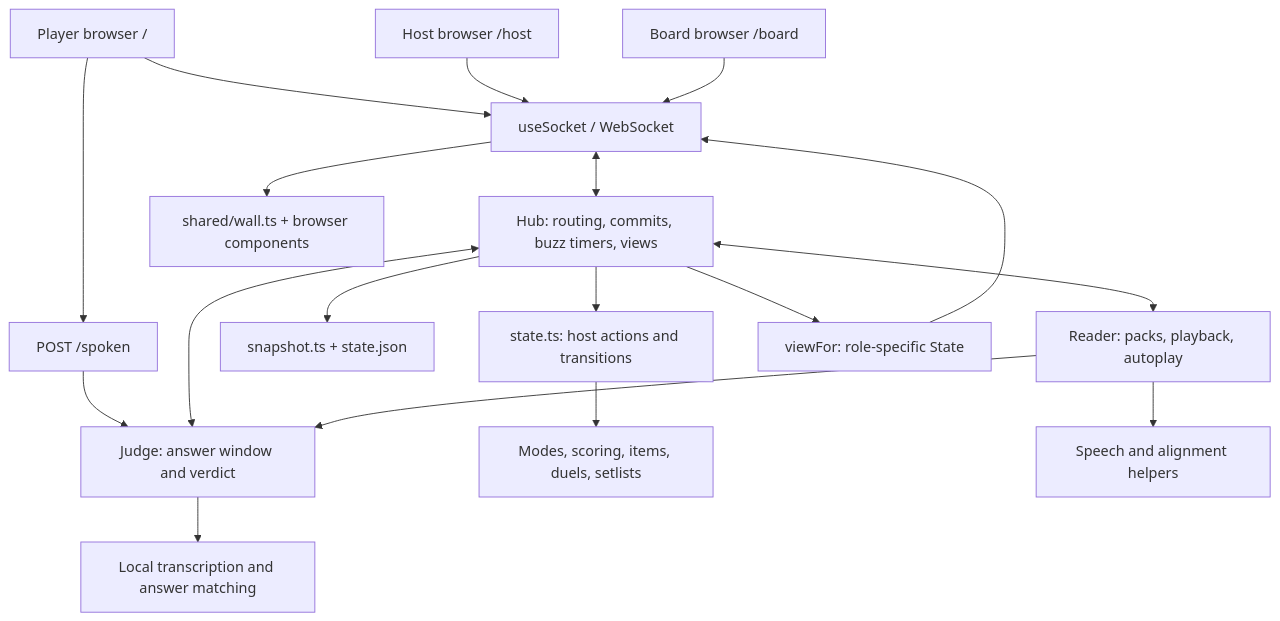
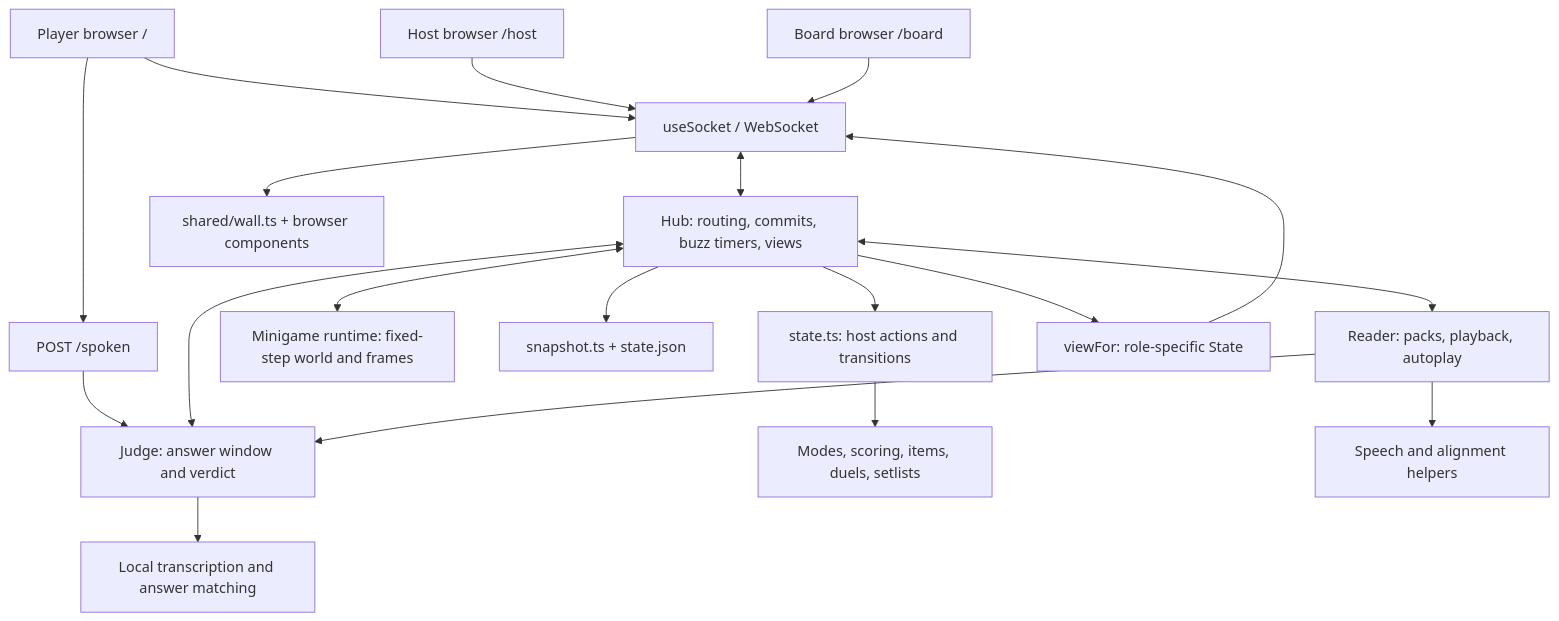
Before and after one commit to rickdiculousli/party-buzzer: the first of 3 diagrams in ARCHTECTURE.md, drawn with Mermaid. The commit also changed other lines of this file and 24 other files, not shown here.

````diff
--- a/ARCHTECTURE.md
+++ b/ARCHTECTURE.md
@@ -15,20 +15,21 @@
 ```mermaid
 flowchart TD
     Player["Player browser /"] --> Socket["useSocket / WebSocket"]
     Host["Host browser /host"] --> Socket
     Board["Board browser /board"] --> Socket
     Socket <--> Hub["Hub: routing, commits, buzz timers, views"]
     Player --> Upload["POST /spoken"]
     Upload --> Judge["Judge: answer window and verdict"]
     Hub --> State["state.ts: host actions and transitions"]
+    Hub <--> Mini["Minigame runtime: fixed-step world and frames"]
     State --> Rules["Modes, scoring, items, duels, setlists"]
     Hub --> Snapshot["snapshot.ts + state.json"]
     Hub <--> Reader["Reader: packs, playback, autoplay"]
     Hub <--> Judge
     Reader --> Speech["Speech and alignment helpers"]
     Reader --> Judge
     Judge --> STT["Local transcription and answer matching"]
     Hub --> Views["viewFor: role-specific State"]
     Views --> Socket
     Socket --> Presentation["shared/wall.ts + browser components"]
 ```
````
